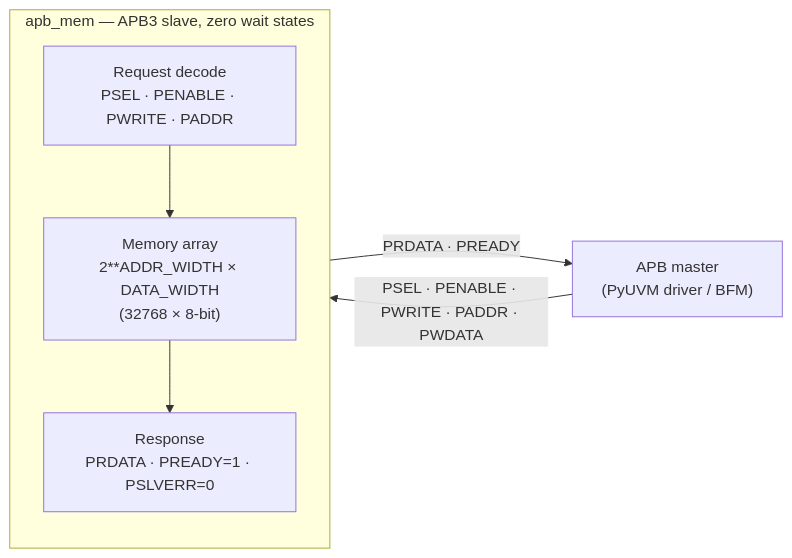
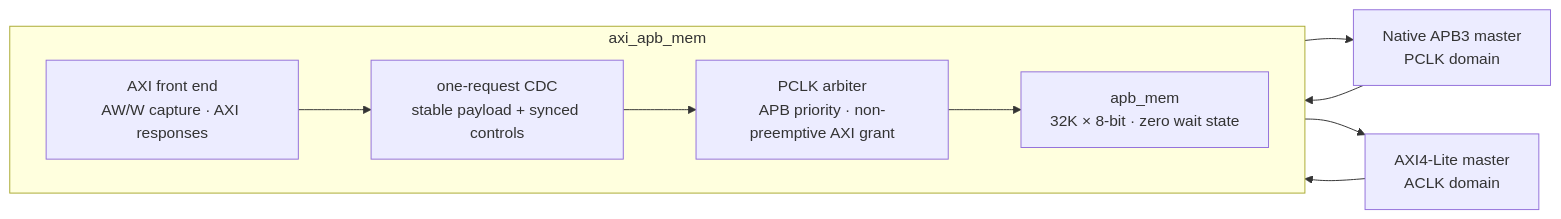
The first of 2 diagrams in README.md (markrthomas/uvm_review), drawn with Mermaid before and after one commit. The commit also changed other lines of this file and 14 other files, not shown here.

````diff
--- a/README.md
+++ b/README.md
@@ -17,15 +28,19 @@
 ```mermaid
 flowchart LR
-    M["APB master<br/>(PyUVM driver / BFM)"]
+    AXI["AXI4-Lite master<br/>ACLK domain"]
+    APB["Native APB3 master<br/>PCLK domain"]
 
-    subgraph SL["apb_mem — APB3 slave, zero wait states"]
-        direction TB
-        REQ["Request decode<br/>PSEL · PENABLE · PWRITE · PADDR"]
-        MEM["Memory array<br/>2**ADDR_WIDTH × DATA_WIDTH<br/>(32768 × 8-bit)"]
-        RSP["Response<br/>PRDATA · PREADY=1 · PSLVERR=0"]
-        REQ --> MEM --> RSP
+    subgraph DUT["axi_apb_mem"]
+        direction LR
+        BR["AXI front end<br/>AW/W capture · AXI responses"]
+        CDC["one-request CDC<br/>stable payload + synced controls"]
+        ARB["PCLK arbiter<br/>APB priority · non-preemptive AXI grant"]
+        MEM["apb_mem<br/>32K × 8-bit · zero wait state"]
+        BR --> CDC --> ARB --> MEM
     end
 
-    M -->|"PSEL · PENABLE · PWRITE · PADDR · PWDATA"| REQ
-    RSP -->|"PRDATA · PREADY"| M
+    AXI --> BR
+    APB --> ARB
+    MEM --> APB
+    BR --> AXI
 ```
````
